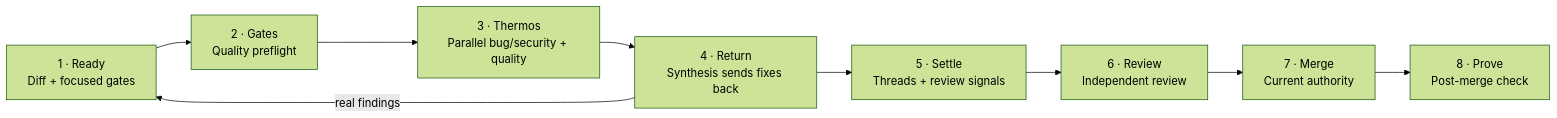
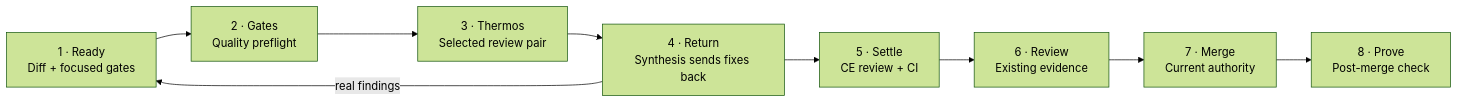
Before and after one commit to novotnyllc/railyard: the diagram in site/src/diagrams/m6-review-gates.mmd, drawn with Mermaid (forest theme). The commit also changed 103 other files, not shown here.

```diff
--- a/site/src/diagrams/m6-review-gates.mmd
+++ b/site/src/diagrams/m6-review-gates.mmd
@@ -1,11 +1,11 @@
 flowchart LR
     accTitle: M6 review gate sequence
-    accDescr: A ready diff enters focused gates, parallel Thermos review, a finding-return loop, settlement, independent review, merge, and post-merge proof.
+    accDescr: An explicitly selected Thermos pair returns findings to one CE review and CI loop. Existing review evidence supports an authorized merge and post-merge proof; no additional reviewer is implied.
     A["1 · Ready<br/>Diff + focused gates"] --> B["2 · Gates<br/>Quality preflight"]
-    B --> C["3 · Thermos<br/>Parallel bug/security + quality"]
+    B --> C["3 · Thermos<br/>Selected review pair"]
     C --> D["4 · Return<br/>Synthesis sends fixes back"]
-    D --> E["5 · Settle<br/>Threads + review signals"]
-    E --> F["6 · Review<br/>Independent review"]
+    D --> E["5 · Settle<br/>CE review + CI"]
+    E --> F["6 · Review<br/>Existing evidence"]
     F --> G["7 · Merge<br/>Current authority"]
     G --> H["8 · Prove<br/>Post-merge check"]
     D -->|real findings| A
```
